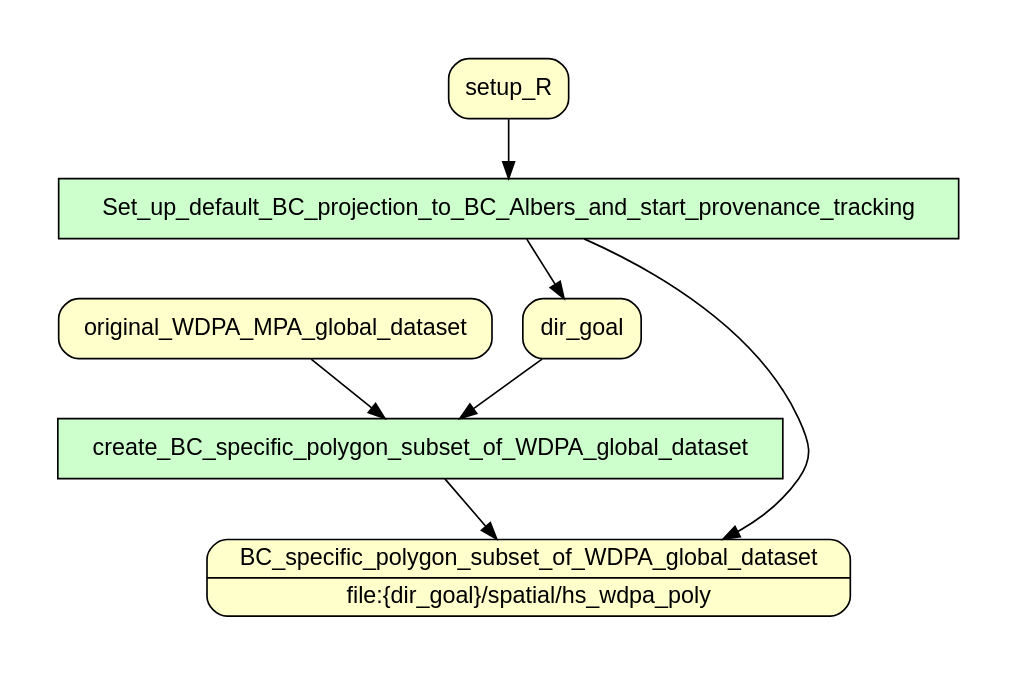
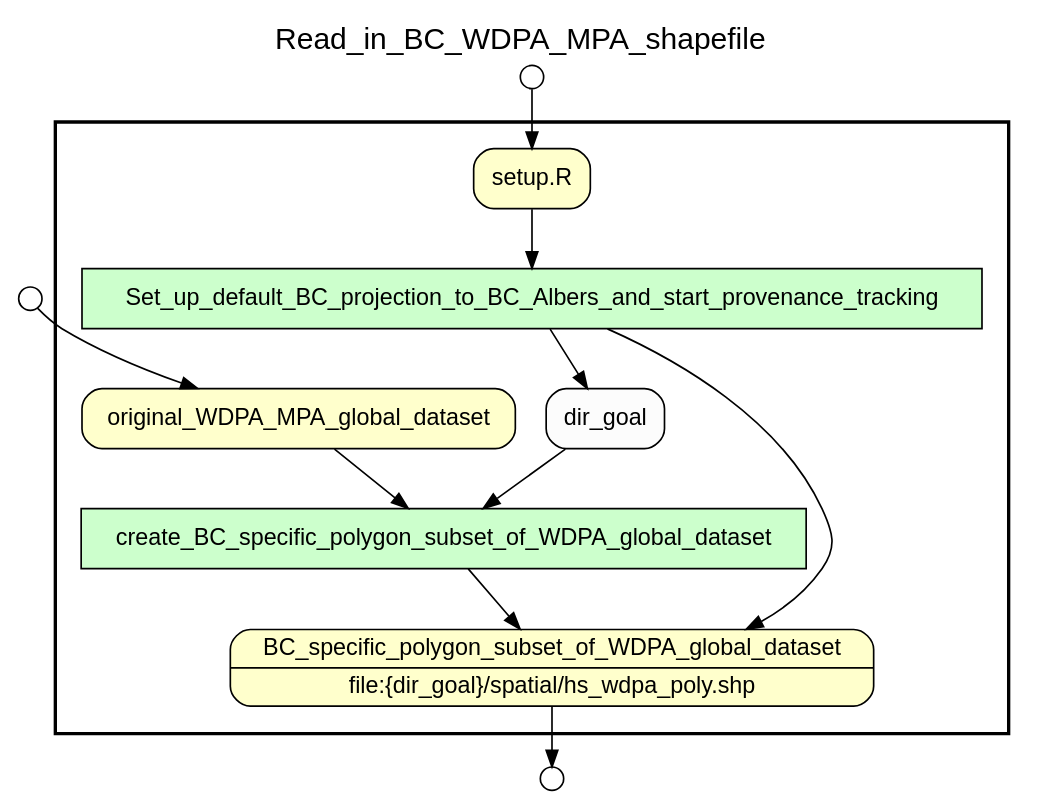
One commit to sycao5/runManager-multipleRuns changed the diagram in examples/OHIBC_Howe_Sound/setup_BC_WDPA_polygons.gv. Above: the diagram before and after it, drawn with Graphviz. The commit also changed 11 other files, not shown here.

Commit message:
Improve the YW graphs

```diff
--- a/examples/OHIBC_Howe_Sound/setup_BC_WDPA_polygons.gv
+++ b/examples/OHIBC_Howe_Sound/setup_BC_WDPA_polygons.gv
@@ -1,38 +1,67 @@
 
 /* Start of top-level graph */
 digraph Workflow {
 rankdir=TB
 
+/* Title for graph */
+fontname=Helvetica; fontsize=18; labelloc=t
+label=Read_in_BC_WDPA_MPA_shapefile
+
 /* Start of double cluster for drawing box around nodes in workflow */
-subgraph cluster_workflow_box_outer { label=""; penwidth=0
+subgraph cluster_workflow_box_outer { label=""; color=black; penwidth=2
 subgraph cluster_workflow_box_inner { label=""; penwidth=0
 
 /* Style for nodes representing atomic programs in workflow */
 node[shape=box style=filled fillcolor="#CCFFCC" peripheries=1 fontname=Helvetica]
 
 /* Nodes representing atomic programs in workflow */
 Set_up_default_BC_projection_to_BC_Albers_and_start_provenance_tracking
 create_BC_specific_polygon_subset_of_WDPA_global_dataset
 
 /* Style for nodes representing non-parameter data channels in workflow */
 node[shape=box style="rounded,filled" fillcolor="#FFFFCC" peripheries=1 fontname=Helvetica]
 
-/* Nodes representing non-parameter data channels in workflow */
-BC_specific_polygon_subset_of_WDPA_global_dataset [shape=record rankdir=LR label="{<f0> BC_specific_polygon_subset_of_WDPA_global_dataset |<f1> file\:\{dir_goal\}/spatial/hs_wdpa_poly}"];
-setup_R
+/* Nodes for non-parameter data channels in workflow */
+BC_specific_polygon_subset_of_WDPA_global_dataset [shape=record rankdir=LR label="{<f0> BC_specific_polygon_subset_of_WDPA_global_dataset |<f1> file\:\{dir_goal\}/spatial/hs_wdpa_poly.shp}"];
+"setup.R"
 original_WDPA_MPA_global_dataset
+
+/* Style for nodes representing parameter channels in workflow */
+node[shape=box style="rounded,filled" fillcolor="#FCFCFC" peripheries=1 fontname=Helvetica]
+
+/* Nodes representing parameter channels in workflow */
 dir_goal
 
 /* Edges representing connections between programs and channels */
 Set_up_default_BC_projection_to_BC_Albers_and_start_provenance_tracking -> dir_goal
 Set_up_default_BC_projection_to_BC_Albers_and_start_provenance_tracking -> BC_specific_polygon_subset_of_WDPA_global_dataset
-setup_R -> Set_up_default_BC_projection_to_BC_Albers_and_start_provenance_tracking
+"setup.R" -> Set_up_default_BC_projection_to_BC_Albers_and_start_provenance_tracking
 create_BC_specific_polygon_subset_of_WDPA_global_dataset -> BC_specific_polygon_subset_of_WDPA_global_dataset
 original_WDPA_MPA_global_dataset -> create_BC_specific_polygon_subset_of_WDPA_global_dataset
 dir_goal -> create_BC_specific_polygon_subset_of_WDPA_global_dataset
 
 /* End of double cluster for drawing box around nodes in workflow */
 }}
 
+/* Style for nodes representing workflow input ports */
+node[shape=circle style="rounded,filled" fillcolor="#FFFFFF" peripheries=1 fontname=Helvetica width=0.2]
+
+/* Nodes representing workflow input ports */
+"setup.R_input_port" [label=""]
+original_WDPA_MPA_global_dataset_input_port [label=""]
+
+/* Style for nodes representing workflow output ports */
+node[shape=circle style="rounded,filled" fillcolor="#FFFFFF" peripheries=1 fontname=Helvetica width=0.2]
+
+/* Nodes representing workflow output ports */
+BC_specific_polygon_subset_of_WDPA_global_dataset_output_port [label=""]
+
+/* Edges from input ports to channels */
+"setup.R_input_port" -> "setup.R"
+original_WDPA_MPA_global_dataset_input_port -> original_WDPA_MPA_global_dataset
+
+/* Edges from channels to output ports */
+BC_specific_polygon_subset_of_WDPA_global_dataset -> BC_specific_polygon_subset_of_WDPA_global_dataset_output_port
+
 /* End of top-level graph */
 }
```
